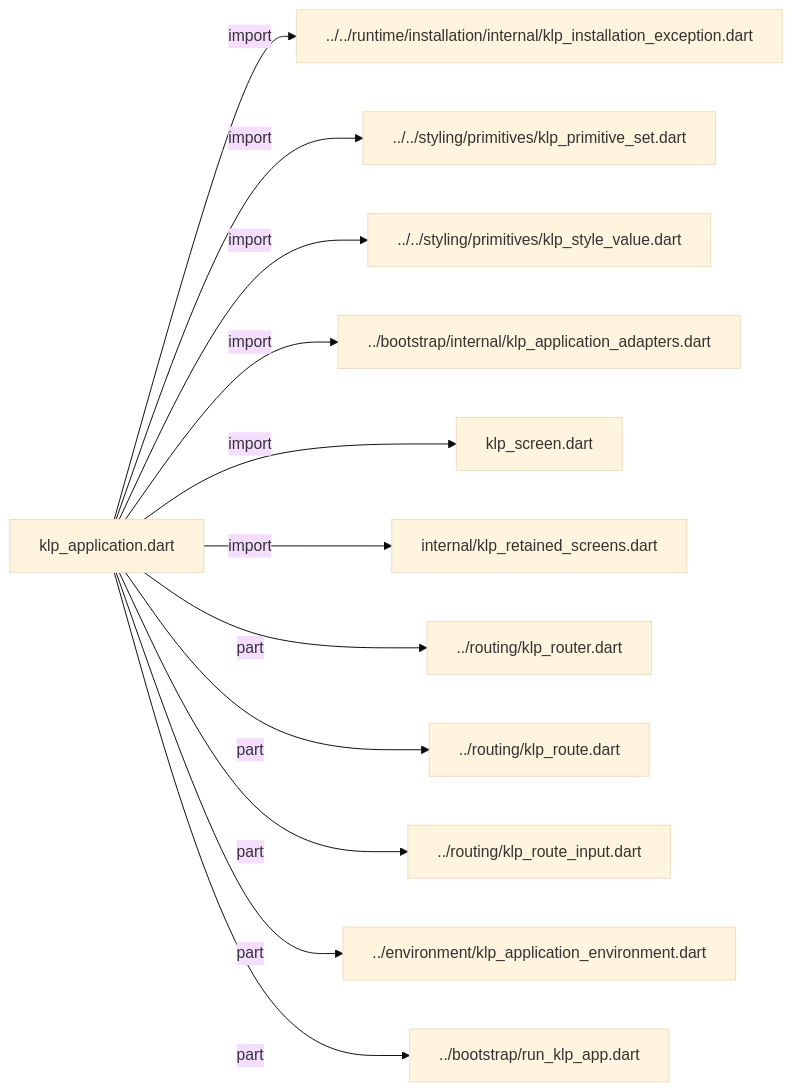
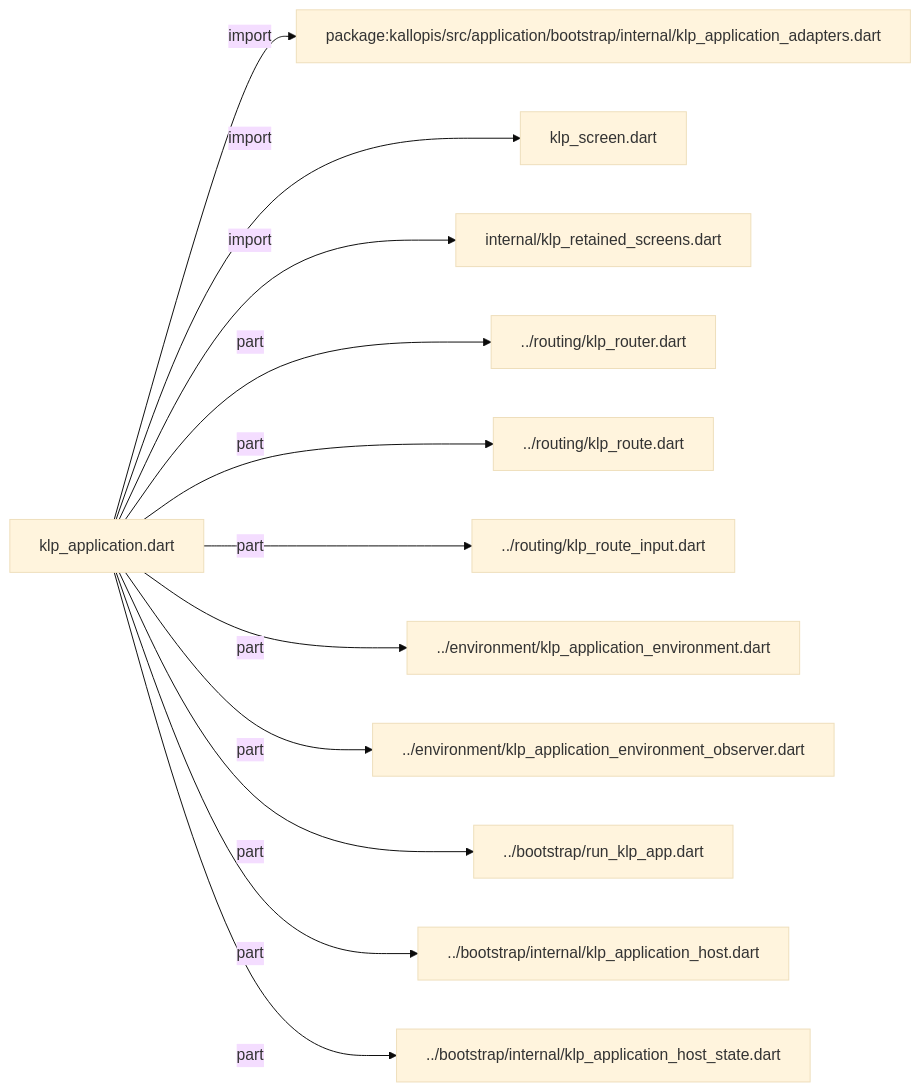
One commit to MiuDog/Kallopis changed the fifth of 7 diagrams in docs/architecture/src/application/structure/klp_application.md. Above: the diagram before and after it, drawn with Mermaid (base theme). The commit also changed other lines of this file and 9688 other files, not shown here.

Commit message:
Prepare isolated Flow F2 peer baseline

````diff
--- a/docs/architecture/src/application/structure/klp_application.md
+++ b/docs/architecture/src/application/structure/klp_application.md
@@ -92,26 +119,26 @@
 ```mermaid
 flowchart LR
 	n0["klp_application.dart"]
-	n1["../../runtime/installation/internal/klp_installation_exception.dart"]
-	n2["../../styling/primitives/klp_primitive_set.dart"]
-	n3["../../styling/primitives/klp_style_value.dart"]
-	n4["../bootstrap/internal/klp_application_adapters.dart"]
-	n5["klp_screen.dart"]
-	n6["internal/klp_retained_screens.dart"]
-	n7["../routing/klp_router.dart"]
-	n8["../routing/klp_route.dart"]
-	n9["../routing/klp_route_input.dart"]
-	n10["../environment/klp_application_environment.dart"]
-	n11["../bootstrap/run_klp_app.dart"]
+	n1["package:kallopis/src/application/bootstrap/internal/klp_application_adapters.dart"]
+	n2["klp_screen.dart"]
+	n3["internal/klp_retained_screens.dart"]
+	n4["../routing/klp_router.dart"]
+	n5["../routing/klp_route.dart"]
+	n6["../routing/klp_route_input.dart"]
+	n7["../environment/klp_application_environment.dart"]
+	n8["../environment/klp_application_environment_observer.dart"]
+	n9["../bootstrap/run_klp_app.dart"]
+	n10["../bootstrap/internal/klp_application_host.dart"]
+	n11["../bootstrap/internal/klp_application_host_state.dart"]
 	n0 -->|"import"| n1
 	n0 -->|"import"| n2
 	n0 -->|"import"| n3
-	n0 -->|"import"| n4
-	n0 -->|"import"| n5
-	n0 -->|"import"| n6
+	n0 -->|"part"| n4
+	n0 -->|"part"| n5
+	n0 -->|"part"| n6
 	n0 -->|"part"| n7
 	n0 -->|"part"| n8
 	n0 -->|"part"| n9
 	n0 -->|"part"| n10
 	n0 -->|"part"| n11
 ```
````
